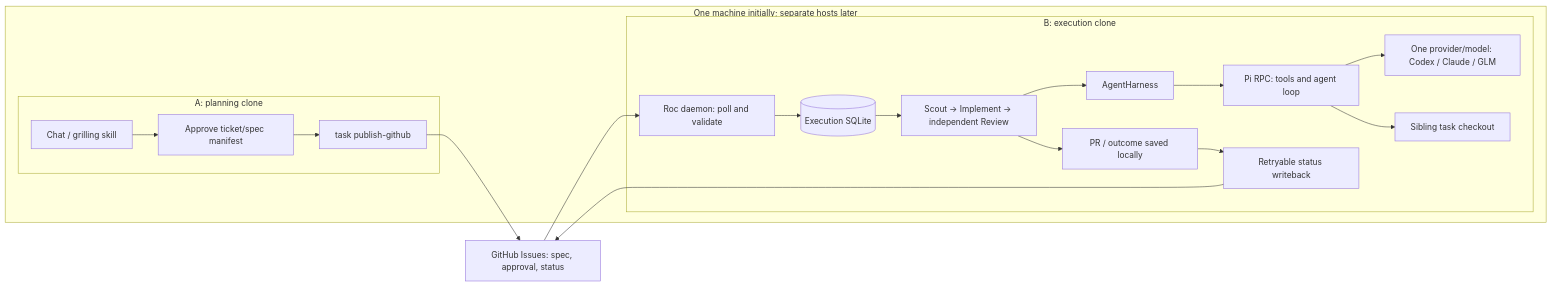
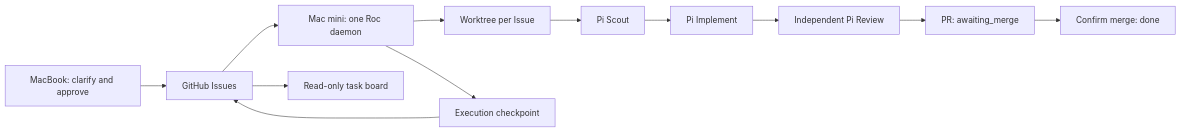
One commit to devos-ing/Roc changed the diagram in README.details.md. Above: the diagram before and after it, drawn with Mermaid. The commit also changed other lines of this file and 104 other files, not shown here.

First line of the commit message:
feat: run GitHub tasks in isolated parallel worktrees

````diff
--- a/README.details.md
+++ b/README.details.md
@@ -24,22 +12,11 @@
 ```mermaid
 flowchart LR
-    subgraph host["One machine initially; separate hosts later"]
-      subgraph A["A: planning clone"]
-        chat["Chat / grilling skill"] --> approve["Approve ticket/spec manifest"]
-        approve --> publish["task publish-github"]
-      end
-      subgraph B["B: execution clone"]
-        daemon["Roc daemon: poll and validate"] --> db[("Execution SQLite")]
-        db --> roles["Scout → Implement → independent Review"]
-        roles --> runtime["AgentHarness"]
-        runtime --> pi["Pi RPC: tools and agent loop"]
-        pi --> model["One provider/model: Codex / Claude / GLM"]
-        pi --> checkout["Sibling task checkout"]
-        roles --> result["PR / outcome saved locally"]
-        result --> sync["Retryable status writeback"]
-      end
-    end
-    publish --> github["GitHub Issues: spec, approval, status"]
-    github --> daemon
-    sync --> github
+    chat["MacBook: clarify and approve"] --> issues["GitHub Issues"]
+    issues --> daemon["Mac mini: one Roc daemon"]
+    daemon --> worktree["Worktree per Issue"]
+    worktree --> scout["Pi Scout"] --> implement["Pi Implement"]
+    implement --> review["Independent Pi Review"] --> pr["PR: awaiting_merge"]
+    pr --> merge["Confirm merge: done"]
+    daemon --> checkpoint["Execution checkpoint"] --> issues
+    issues --> board["Read-only task board"]
 ```
````
